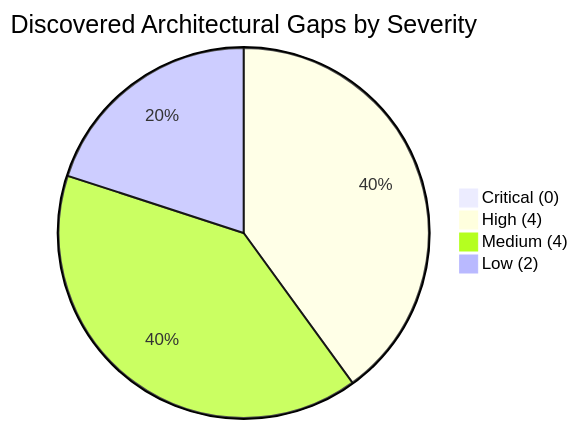
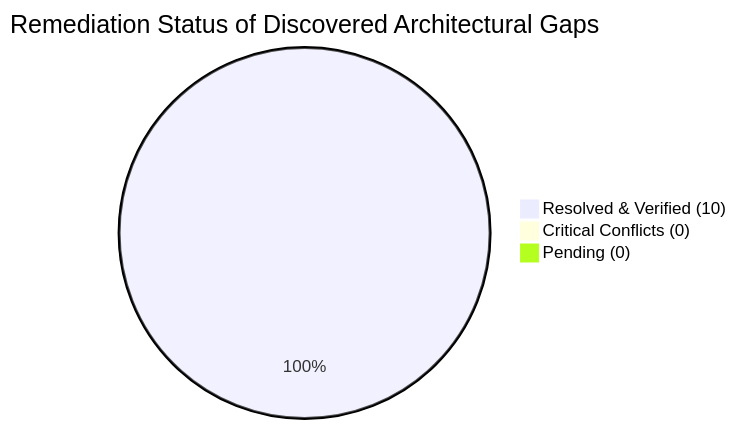
One commit to campxsync/CampXSync_V2.0 changed the first of 2 diagrams in docs/architecture/CROSS_SERVICE_CONFLICT_AND_GAP_ANALYSIS.md. Above: the diagram before and after it, drawn with Mermaid. The commit also changed other lines of this file and 21 other files, not shown here.

Commit message:
fix(arch): resolve and verify all cross-service conflicts and gaps across 6 microservices and api-gateway

````diff
--- a/docs/architecture/CROSS_SERVICE_CONFLICT_AND_GAP_ANALYSIS.md
+++ b/docs/architecture/CROSS_SERVICE_CONFLICT_AND_GAP_ANALYSIS.md
@@ -25,7 +25,6 @@
 ```mermaid
-pie title Discovered Architectural Gaps by Severity
-    "Critical (0)": 0
-    "High (4)": 4
-    "Medium (4)": 4
-    "Low (2)": 2
+pie title Remediation Status of Discovered Architectural Gaps
+    "Resolved & Verified (10)": 10
+    "Critical Conflicts (0)": 0
+    "Pending (0)": 0
 ```
````
